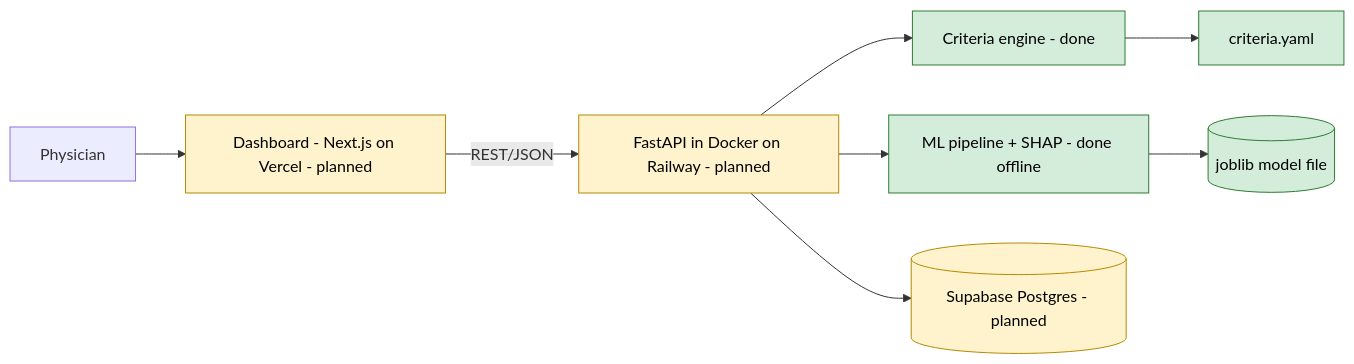
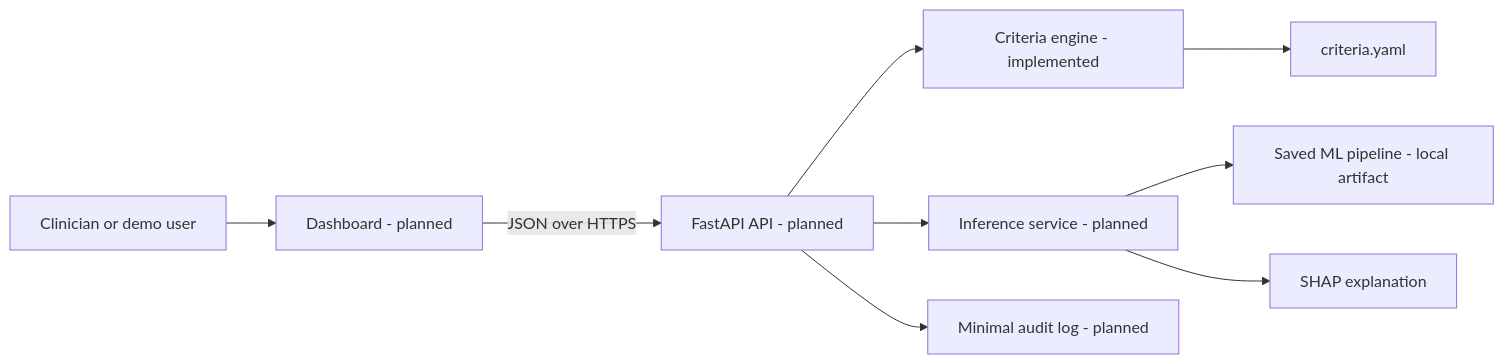
Before and after one commit to discharge-ai-fyp/discharge-readiness-system: the first of 3 diagrams in docs/system_design.md, drawn with Mermaid. The commit also changed other lines of this file and 2 other files, not shown here.

Commit message:
docs: clarify system scope and add model card

````diff
--- a/docs/system_design.md
+++ b/docs/system_design.md
@@ -19,14 +43,11 @@
 ```mermaid
 flowchart LR
-  P[Physician] --> FE[Dashboard - Next.js on Vercel - planned]
-  FE -->|REST/JSON| API[FastAPI in Docker on Railway - planned]
-  API --> CE[Criteria engine - done]
-  API --> ML[ML pipeline + SHAP - done offline]
-  API --> DB[(Supabase Postgres - planned)]
+  U[Clinician or demo user] --> FE[Dashboard - planned]
+  FE -->|JSON over HTTPS| API[FastAPI API - planned]
+  API --> CE[Criteria engine - implemented]
+  API --> INF[Inference service - planned]
   CE --> CY[criteria.yaml]
-  ML --> M[(joblib model file)]
-  classDef done fill:#d4edda,stroke:#2e7d32,color:#000;
-  classDef planned fill:#fff3cd,stroke:#b58900,color:#000;
-  class CE,CY,ML,M done;
-  class FE,API,DB planned;
+  INF --> M[Saved ML pipeline - local artifact]
+  INF --> SH[SHAP explanation]
+  API --> LOG[Minimal audit log - planned]
 ```
````
